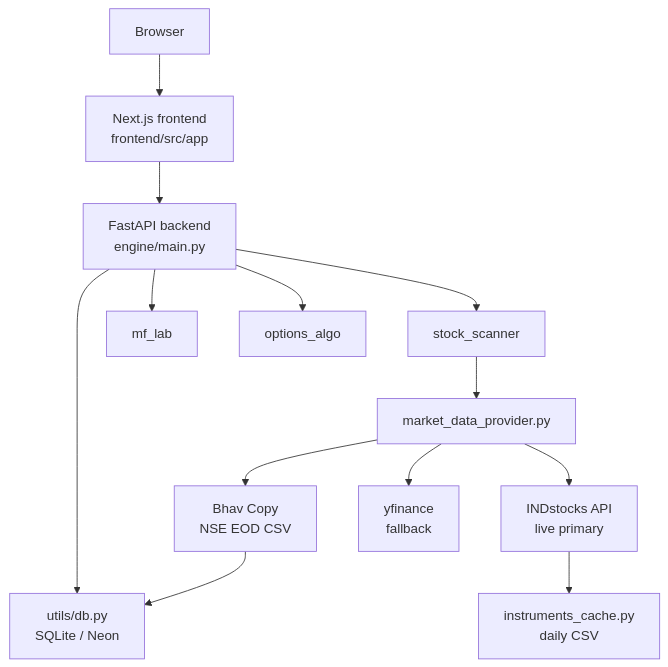
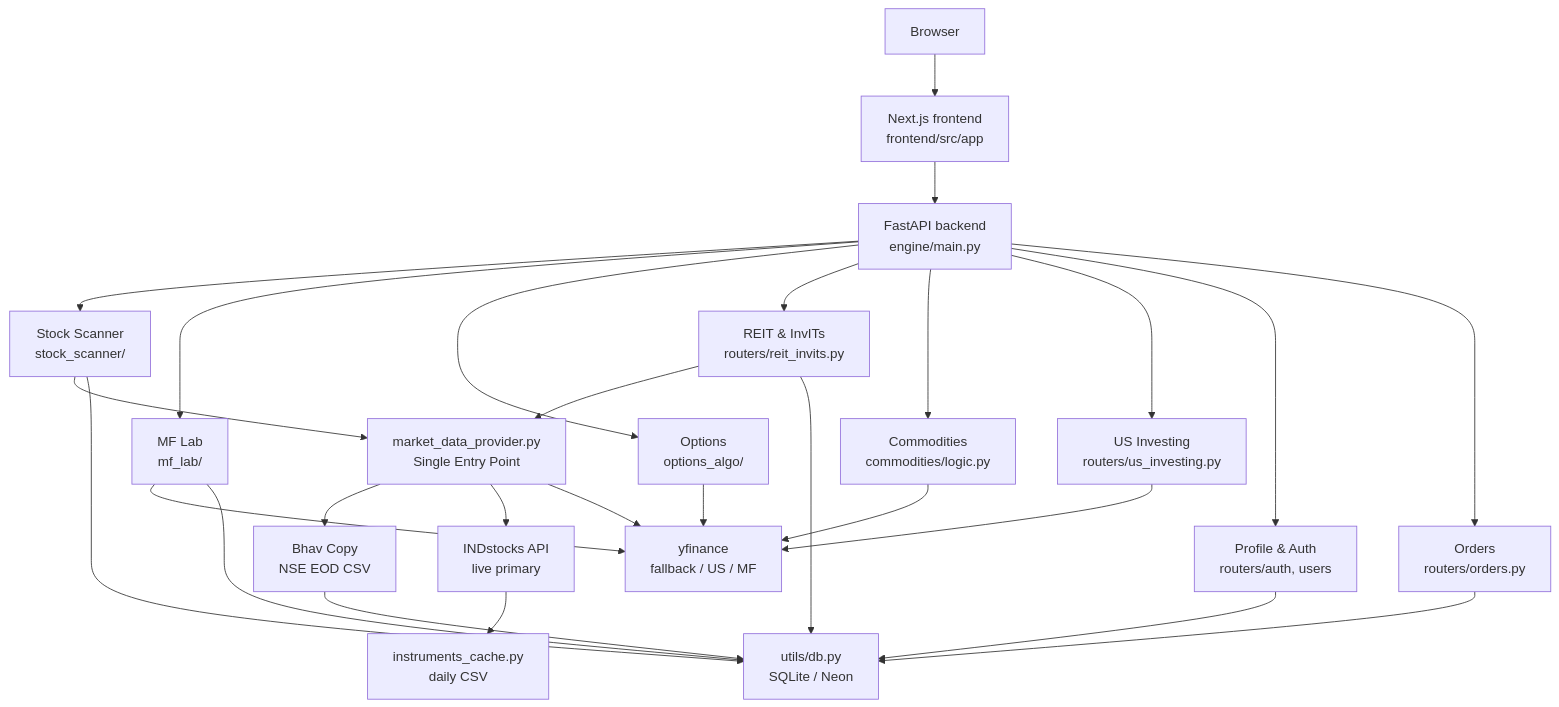
Before and after one commit to shivam039/fortress-dashboard-v2: the diagram in README.md, drawn with Mermaid.

Commit message:
Update architecture diagram to show flows for all sections

````diff
--- a/README.md
+++ b/README.md
@@ -24,28 +24,57 @@
 ```mermaid
 graph TD
     Browser[Browser]
     Next[Next.js frontend<br/>frontend/src/app]
     API[FastAPI backend<br/>engine/main.py]
-    MDP[market_data_provider.py]
+    
+    %% API Routers / Modules
+    Scanner[Stock Scanner<br/>stock_scanner/]
+    MF[MF Lab<br/>mf_lab/]
+    Opt[Options<br/>options_algo/]
+    Reit[REIT & InvITs<br/>routers/reit_invits.py]
+    Cmdty[Commodities<br/>commodities/logic.py]
+    US[US Investing<br/>routers/us_investing.py]
+    Profile[Profile & Auth<br/>routers/auth, users]
+    Orders[Orders<br/>routers/orders.py]
+
+    %% Data layer
+    MDP[market_data_provider.py<br/>Single Entry Point]
     Bhav[Bhav Copy<br/>NSE EOD CSV]
     IND[INDstocks API<br/>live primary]
-    YF[yfinance<br/>fallback]
+    YF[yfinance<br/>fallback / US / MF]
     Cache[instruments_cache.py<br/>daily CSV]
-    Scanner[stock_scanner]
-    MF[mf_lab]
-    Opt[options_algo]
     DB[utils/db.py<br/>SQLite / Neon]
 
     Browser --> Next
     Next --> API
+    
     API --> Scanner
     API --> MF
     API --> Opt
-    API --> DB
+    API --> Reit
+    API --> Cmdty
+    API --> US
+    API --> Profile
+    API --> Orders
+    
+    %% Data flow
     Scanner --> MDP
+    Reit --> MDP
+    US --> YF
+    Opt --> YF
+    Cmdty --> YF
+    MF --> YF
+    
     MDP --> Bhav
     MDP --> IND
     MDP --> YF
+    
     IND --> Cache
     Bhav --> DB
+    
+    Scanner --> DB
+    MF --> DB
+    Profile --> DB
+    Orders --> DB
+    Reit --> DB
 ```
````
